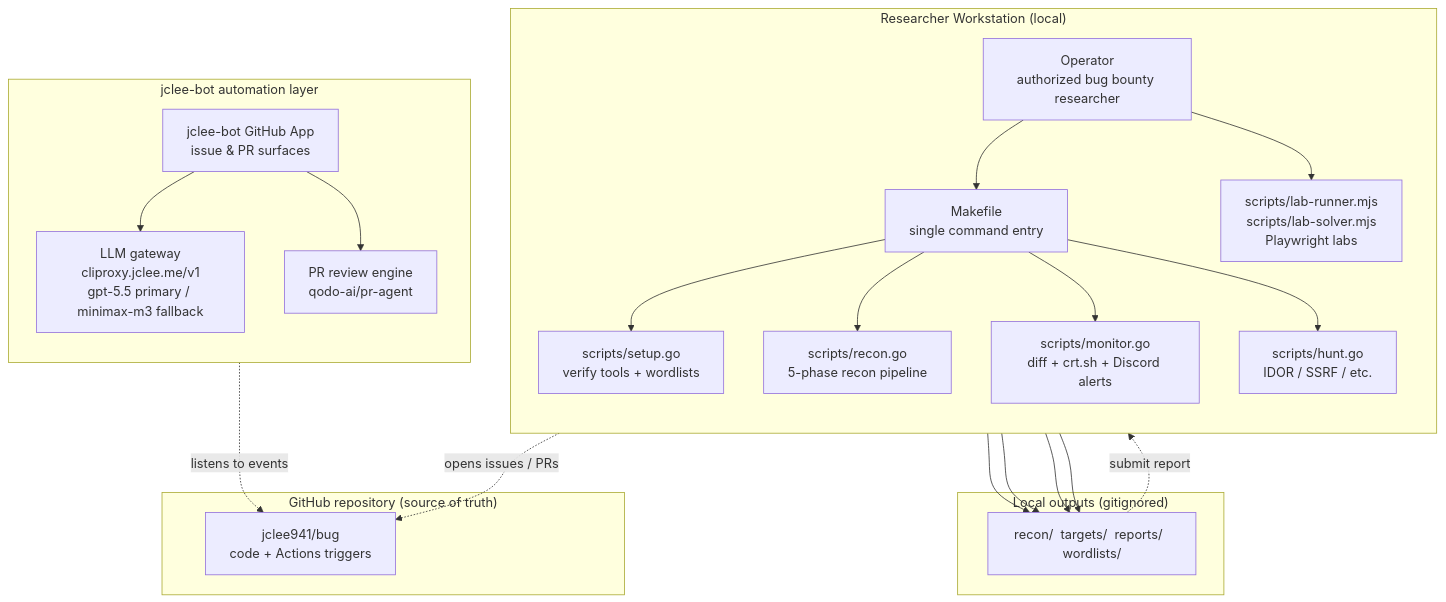
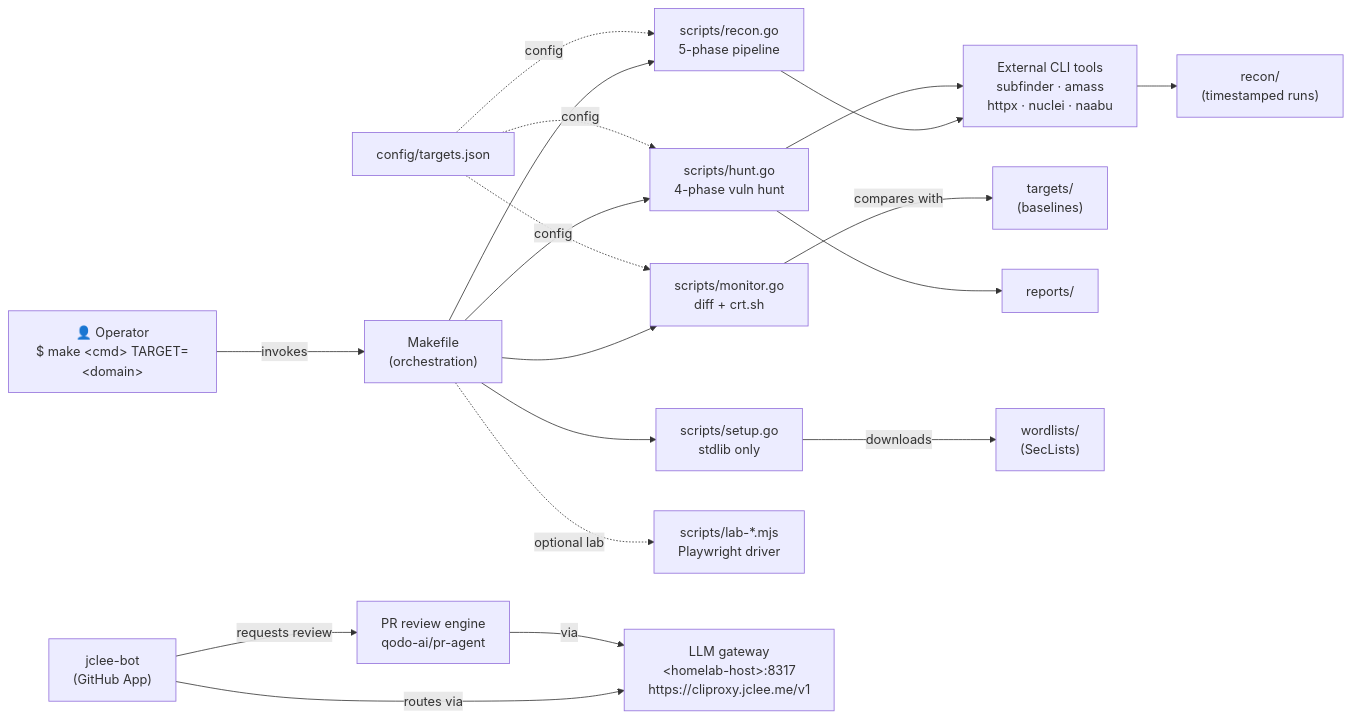
Before and after one commit to jclee941/bug: the diagram in README.md, drawn with Mermaid. The commit also changed other lines of this file, not shown here.

````diff
--- a/README.md
+++ b/README.md
@@ -81,44 +81,45 @@
 ```mermaid
-flowchart TB
-    subgraph WS["Researcher Workstation (local)"]
-        direction TB
-        Op["Operator<br/>authorized bug bounty researcher"]
-        Mk["Makefile<br/>single command entry"]
-        Set["scripts/setup.go<br/>verify tools + wordlists"]
-        Rec["scripts/recon.go<br/>5-phase recon pipeline"]
-        Mon["scripts/monitor.go<br/>diff + crt.sh + Discord alerts"]
-        Hn["scripts/hunt.go<br/>IDOR / SSRF / etc."]
-        Lab["scripts/lab-runner.mjs<br/>scripts/lab-solver.mjs<br/>Playwright labs"]
-    end
+flowchart LR
+    Operator["👤 Operator<br/>$ make &lt;cmd&gt; TARGET=&lt;domain&gt;"]
+    Makefile["Makefile<br/>(orchestration)"]
 
-    subgraph Out["Local outputs (gitignored)"]
-        OutNode["recon/  targets/  reports/  wordlists/"]
-    end
+    Setup["scripts/setup.go<br/>stdlib only"]
+    Recon["scripts/recon.go<br/>5-phase pipeline"]
+    Monitor["scripts/monitor.go<br/>diff + crt.sh"]
+    Hunt["scripts/hunt.go<br/>4-phase vuln hunt"]
+    Lab["scripts/lab-*.mjs<br/>Playwright driver"]
 
-    subgraph GH["GitHub repository (source of truth)"]
-        Repo["jclee941/bug<br/>code + Actions triggers"]
-    end
+    CLI["External CLI tools<br/>subfinder · amass<br/>httpx · nuclei · naabu"]
+    Conf["config/targets.json"]
 
-    subgraph Bot["jclee-bot automation layer"]
-        direction TB
-        BotApp["jclee-bot GitHub App<br/>issue &amp; PR surfaces"]
-        LLM["LLM gateway<br/>cliproxy.jclee.me/v1<br/>gpt-5.5 primary / minimax-m3 fallback"]
-        Rev["PR review engine<br/>qodo-ai/pr-agent"]
-    end
+    OutRecon["recon/<br/>(timestamped runs)"]
+    OutTargets["targets/<br/>(baselines)"]
+    OutReports["reports/"]
+    OutWL["wordlists/<br/>(SecLists)"]
 
-    Op --> Mk
-    Mk --> Set
-    Mk --> Rec
-    Mk --> Mon
-    Mk --> Hn
-    Op --> Lab
-    Rec --> OutNode
-    Mon --> OutNode
-    Hn --> OutNode
-    Lab --> OutNode
-    OutNode -. "submit report" .-> Op
-    Op -. "opens issues / PRs" .-> Repo
-    BotApp -. "listens to events" .-> Repo
-    BotApp --> LLM
-    BotApp --> Rev
+    Bot["jclee-bot<br/>(GitHub App)"]
+    LLM["LLM gateway<br/>&lt;homelab-host&gt;:8317<br/>https://cliproxy.jclee.me/v1"]
+    Review["PR review engine<br/>qodo-ai/pr-agent"]
+
+    Operator -->|invokes| Makefile
+    Makefile --> Setup
+    Makefile --> Recon
+    Makefile --> Monitor
+    Makefile --> Hunt
+    Makefile -.optional lab.-> Lab
+
+    Setup -->|downloads| OutWL
+    Recon --> CLI
+    Monitor -->|compares with| OutTargets
+    Hunt --> CLI
+    CLI --> OutRecon
+    Hunt --> OutReports
+
+    Conf -.config.-> Recon
+    Conf -.config.-> Monitor
+    Conf -.config.-> Hunt
+
+    Bot -->|routes via| LLM
+    Bot -->|requests review| Review
+    Review -->|via| LLM
 ```
````
